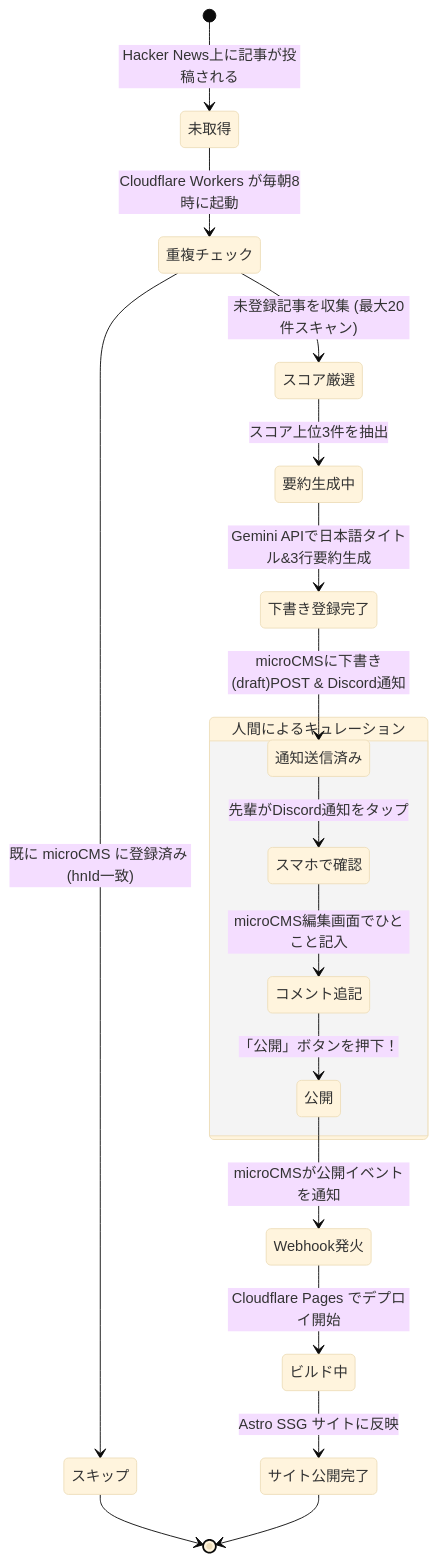
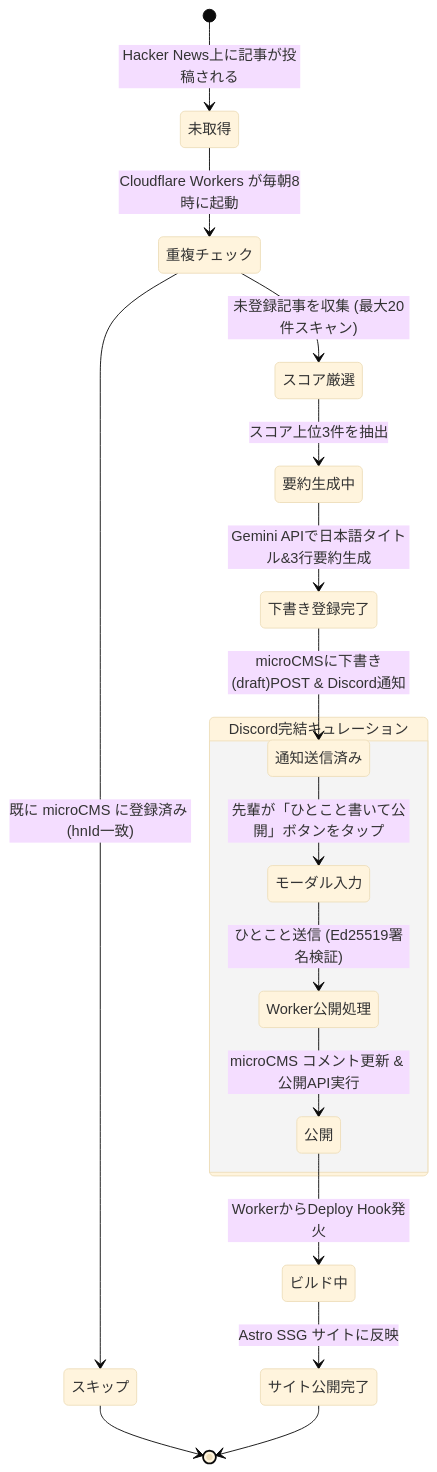
One commit to blacpans/hnmc changed the second of 4 diagrams in docs/architecture.md. Above: the diagram before and after it, drawn with Mermaid (base theme). The commit also changed other lines of this file, not shown here.

First line of the commit message:
docs(architecture): 📝 Discord完結キュレーションとDeploy Hook直接発火のフローを設計書に反映したじゃんね！📐✨

````diff
--- a/docs/architecture.md
+++ b/docs/architecture.md
@@ -72,23 +71,22 @@
 ```mermaid
 stateDiagram-v2
     [*] --> 未取得: Hacker News上に記事が投稿される
     未取得 --> 重複チェック: Cloudflare Workers が毎朝8時に起動
     重複チェック --> スキップ: 既に microCMS に登録済み (hnId一致)
     スキップ --> [*]
     
     重複チェック --> スコア厳選: 未登録記事を収集 (最大20件スキャン)
     スコア厳選 --> 要約生成中: スコア上位3件を抽出
     要約生成中 --> 下書き登録完了: Gemini APIで日本語タイトル&3行要約生成
     下書き登録完了 --> 通知送信済み: microCMSに下書き(draft)POST & Discord通知
     
-    state "人間によるキュレーション" as Curation {
-        通知送信済み --> スマホで確認: 先輩がDiscord通知をタップ
-        スマホで確認 --> コメント追記: microCMS編集画面でひとこと記入
-        コメント追記 --> 公開: 「公開」ボタンを押下！
+    state "Discord完結キュレーション" as Curation {
+        通知送信済み --> モーダル入力: 先輩が「ひとこと書いて公開」ボタンをタップ
+        モーダル入力 --> Worker公開処理: ひとこと送信 (Ed25519署名検証)
+        Worker公開処理 --> 公開: microCMS コメント更新 & 公開API実行
     }
     
-    公開 --> Webhook発火: microCMSが公開イベントを通知
-    Webhook発火 --> ビルド中: Cloudflare Pages でデプロイ開始
+    公開 --> ビルド中: WorkerからDeploy Hook発火
     ビルド中 --> サイト公開完了: Astro SSG サイトに反映
     サイト公開完了 --> [*]
 ```
````
